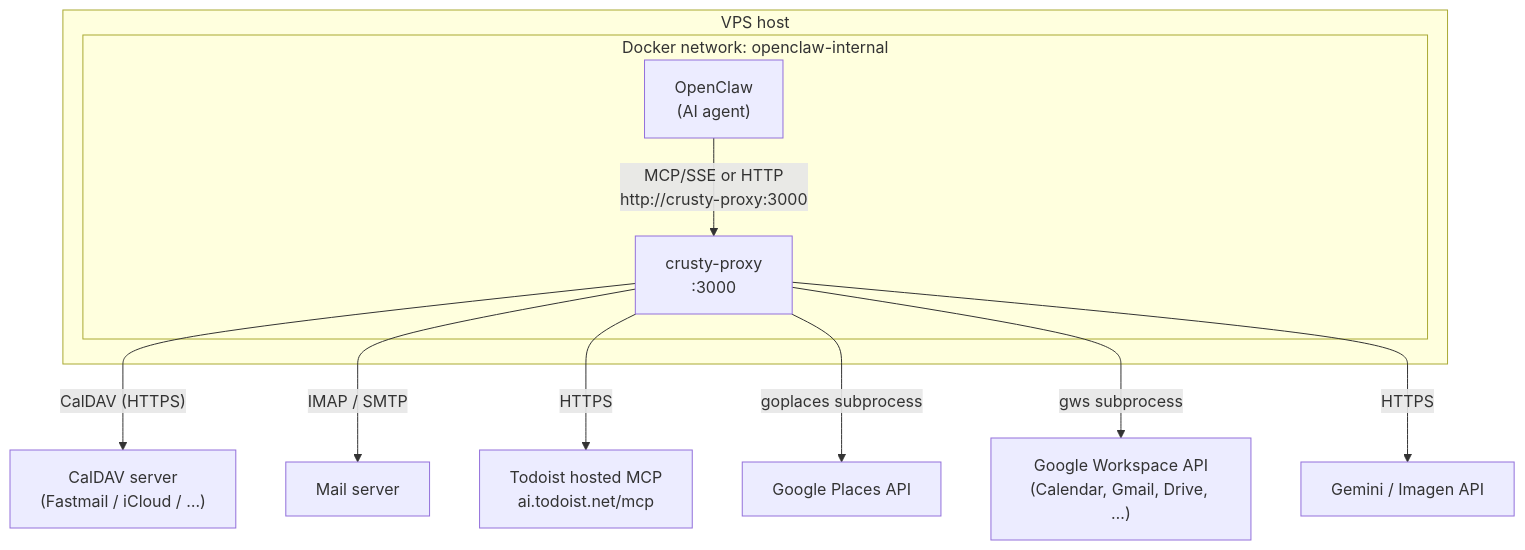
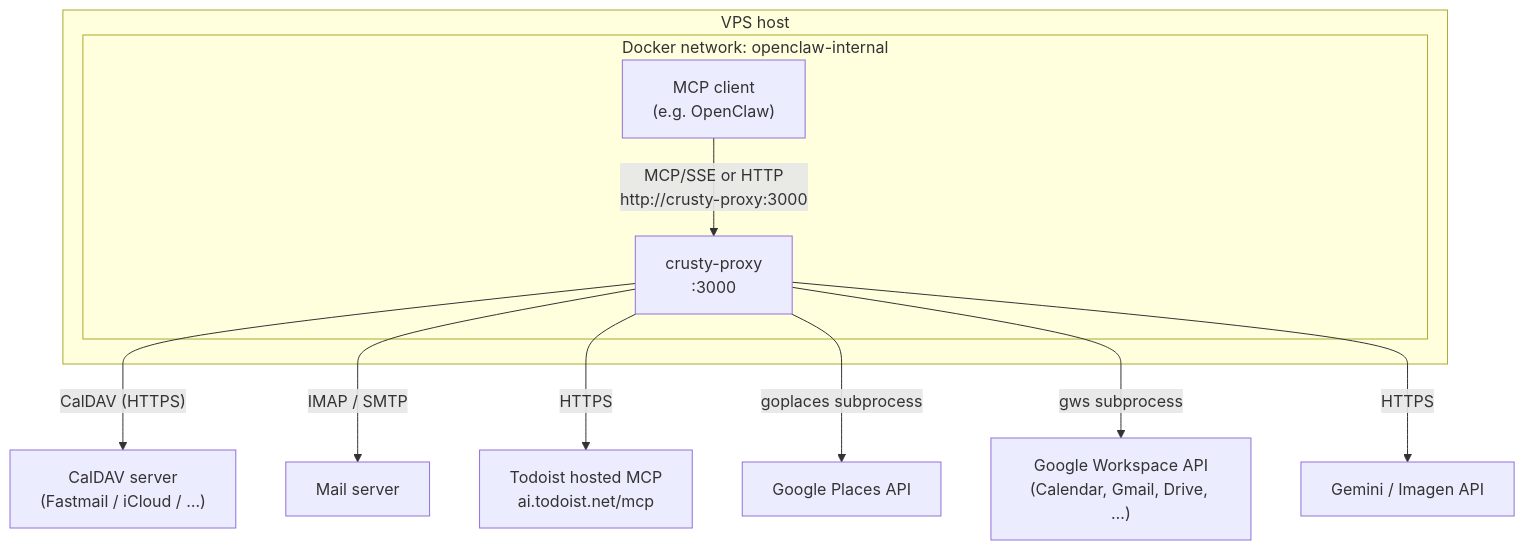
The first of 5 diagrams in docs/architecture.md (stefanhoth/crusty-proxy), drawn with Mermaid before and after one commit. The commit also changed other lines of this file and 8 other files, not shown here.

````diff
--- a/docs/architecture.md
+++ b/docs/architecture.md
@@ -5,17 +5,17 @@
 ```mermaid
 graph TD
     subgraph VPS["VPS host"]
         subgraph net["Docker network: openclaw-internal"]
-            OC["OpenClaw\n(AI agent)"]
+            OC["MCP client\n(e.g. OpenClaw)"]
             CP["crusty-proxy\n:3000"]
         end
         OC -->|"MCP/SSE or HTTP\nhttp://crusty-proxy:3000"| CP
     end
 
     CP -->|"CalDAV (HTTPS)"| CAL["CalDAV server\n(Fastmail / iCloud / …)"]
     CP -->|"IMAP / SMTP"| MAIL["Mail server"]
     CP -->|"HTTPS"| TOD["Todoist hosted MCP\nai.todoist.net/mcp"]
     CP -->|"goplaces subprocess"| PLC["Google Places API"]
     CP -->|"gws subprocess"| GWS["Google Workspace API\n(Calendar, Gmail, Drive, …)"]
     CP -->|"HTTPS"| GEM["Gemini / Imagen API"]
 ```
````
